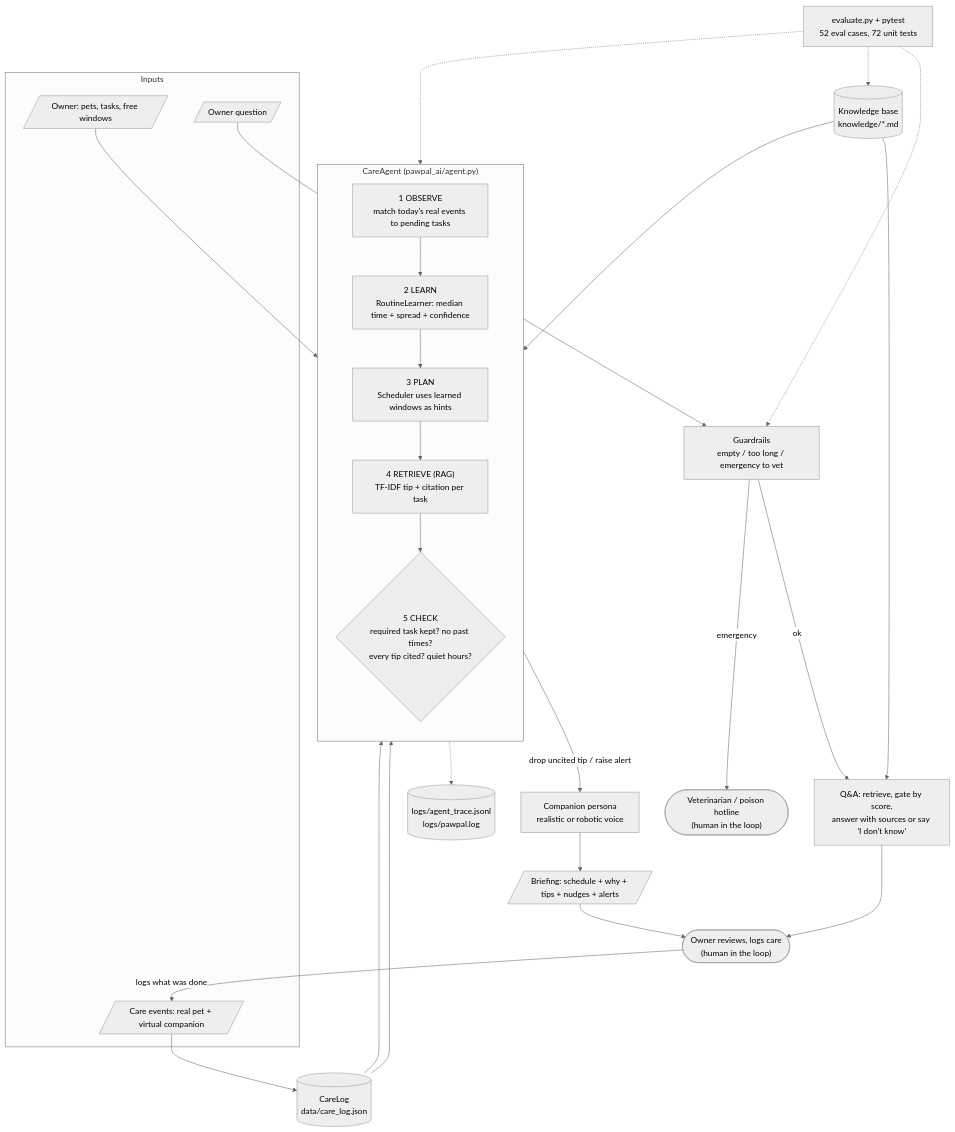
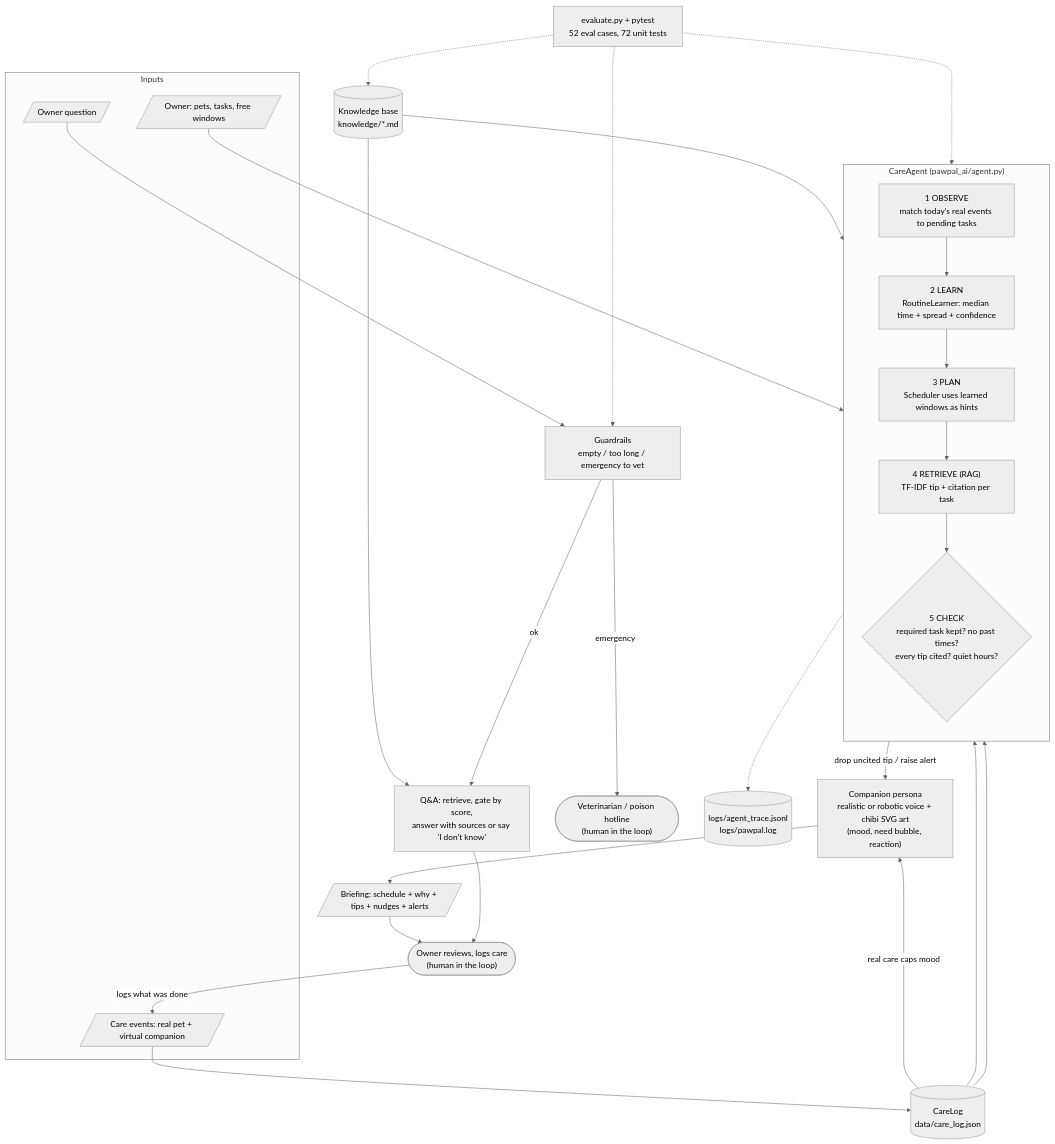
The diagram in README.md (KJhenelle/applied-ai-system-project), drawn with Mermaid (neutral theme) before and after one commit. The commit also changed 15 other files, not shown here.

````diff
--- a/README.md
+++ b/README.md
@@ -58,47 +58,48 @@
 ```mermaid
 flowchart TD
     subgraph Inputs
         OWNER[/"Owner: pets, tasks, free windows"/]
         EVENTS[/"Care events: real pet + virtual companion"/]
         QUESTION[/"Owner question"/]
     end
 
     LOG[("CareLog<br/>data/care_log.json")]
     KB[("Knowledge base<br/>knowledge/*.md")]
 
     subgraph Agent["CareAgent  (pawpal_ai/agent.py)"]
         direction TB
         OBS["1 OBSERVE<br/>match today's real events to pending tasks"]
         LEARN["2 LEARN<br/>RoutineLearner: median time + spread + confidence"]
         PLAN["3 PLAN<br/>Scheduler uses learned windows as hints"]
         RET["4 RETRIEVE (RAG)<br/>TF-IDF tip + citation per task"]
         CHECK{"5 CHECK<br/>required task kept? no past times?<br/>every tip cited? quiet hours?"}
         OBS --> LEARN --> PLAN --> RET --> CHECK
     end
 
     GUARD["Guardrails<br/>empty / too long / emergency to vet"]
     ASK["Q&A: retrieve, gate by score,<br/>answer with sources or say 'I don't know'"]
 
-    COMP["Companion persona<br/>realistic or robotic voice"]
+    COMP["Companion persona<br/>realistic or robotic voice + chibi SVG art<br/>(mood, need bubble, reaction)"]
     OUT[/"Briefing: schedule + why + tips + nudges + alerts"/]
     VET(["Veterinarian / poison hotline<br/>(human in the loop)"])
     OWNERCHECK(["Owner reviews, logs care<br/>(human in the loop)"])
     TRACE[("logs/agent_trace.jsonl<br/>logs/pawpal.log")]
     EVAL["evaluate.py + pytest<br/>52 eval cases, 72 unit tests"]
 
     OWNER --> OBS
     EVENTS --> LOG --> OBS
     LOG --> LEARN
     KB --> RET
     KB --> ASK
     QUESTION --> GUARD
     GUARD -- "ok" --> ASK
     GUARD -- "emergency" --> VET
+    LOG -- "real care caps mood" --> COMP
     CHECK -- "drop uncited tip / raise alert" --> COMP --> OUT --> OWNERCHECK
     ASK --> OWNERCHECK
     OWNERCHECK -- "logs what was done" --> EVENTS
     Agent -.-> TRACE
     EVAL -.-> Agent
     EVAL -.-> GUARD
     EVAL -.-> KB
 ```
````
